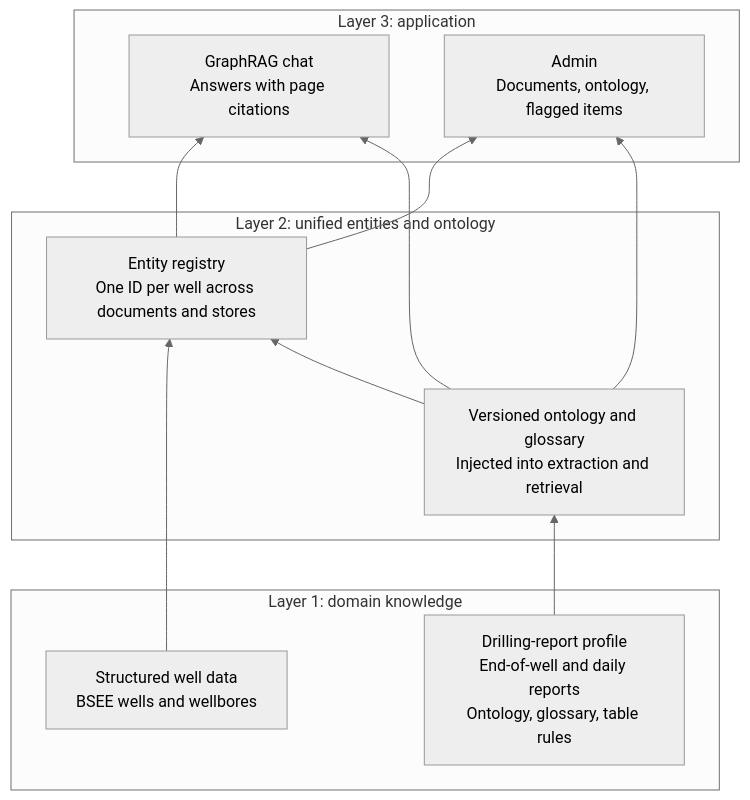
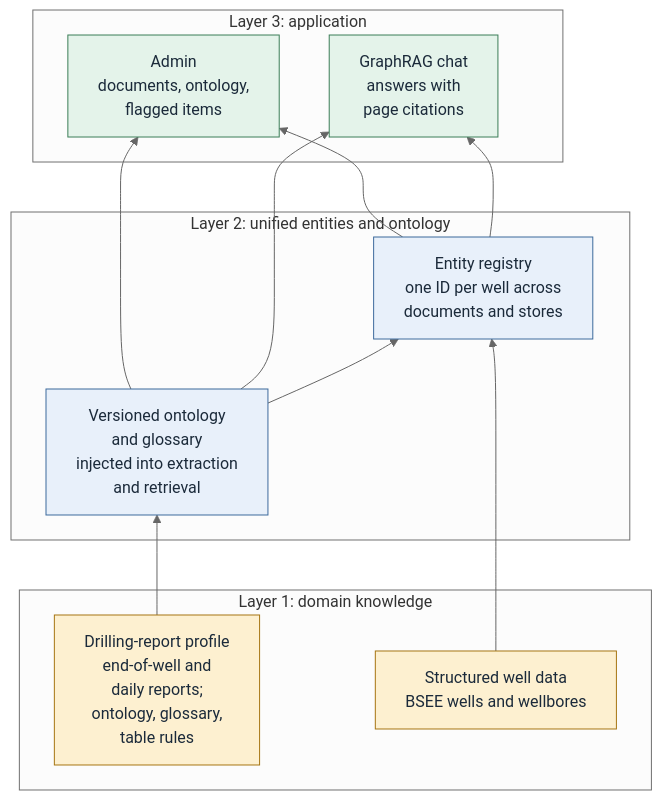
The first of 9 diagrams in docs/PROJECT_DESIGN.md (thaitri2005/Secure-O-G-LLM-and-Knowledge-Graph), drawn with Mermaid (neutral theme) before and after one commit. The commit also changed other lines of this file and 47 other files, not shown here.

````diff
--- a/docs/PROJECT_DESIGN.md
+++ b/docs/PROJECT_DESIGN.md
@@ -94,20 +94,25 @@
 ```mermaid
 flowchart BT
     subgraph L1["Layer 1: domain knowledge"]
-        OIL["Drilling-report profile<br/>End-of-well and daily reports<br/>Ontology, glossary, table rules"]
-        DATA["Structured well data<br/>BSEE wells and wellbores"]
+        OIL["Drilling-report profile<br/>end-of-well and<br/>daily reports;<br/>ontology, glossary,<br/>table rules"]:::store
+        DATA["Structured well data<br/>BSEE wells and wellbores"]:::store
     end
     subgraph L2["Layer 2: unified entities and ontology"]
-        REG["Entity registry<br/>One ID per well across documents and stores"]
-        ONT["Versioned ontology and glossary<br/>Injected into extraction and retrieval"]
+        ONT["Versioned ontology<br/>and glossary<br/>injected into extraction<br/>and retrieval"]:::svc
+        REG["Entity registry<br/>one ID per well across<br/>documents and stores"]:::svc
     end
     subgraph L3["Layer 3: application"]
-        QA["GraphRAG chat<br/>Answers with page citations"]
-        ADM["Admin<br/>Documents, ontology, flagged items"]
+        QA["GraphRAG chat<br/>answers with<br/>page citations"]:::ui
+        ADM["Admin<br/>documents, ontology,<br/>flagged items"]:::ui
     end
     OIL --> ONT
     DATA --> REG
     ONT --> REG
+    ONT --> QA & ADM
     REG --> QA & ADM
-    ONT --> QA & ADM
+    classDef ui fill:#e4f3ea,stroke:#3b7d57,color:#1b2a3a
+    classDef svc fill:#e8f0fa,stroke:#3d6a9c,color:#1b2a3a
+    classDef store fill:#fdf0d0,stroke:#a67512,color:#1b2a3a
+    classDef model fill:#f0e7f9,stroke:#7b52ab,color:#1b2a3a
+    classDef ext fill:#f3f4f6,stroke:#6b7280,color:#1b2a3a,stroke-dasharray:5 4
 ```
````
